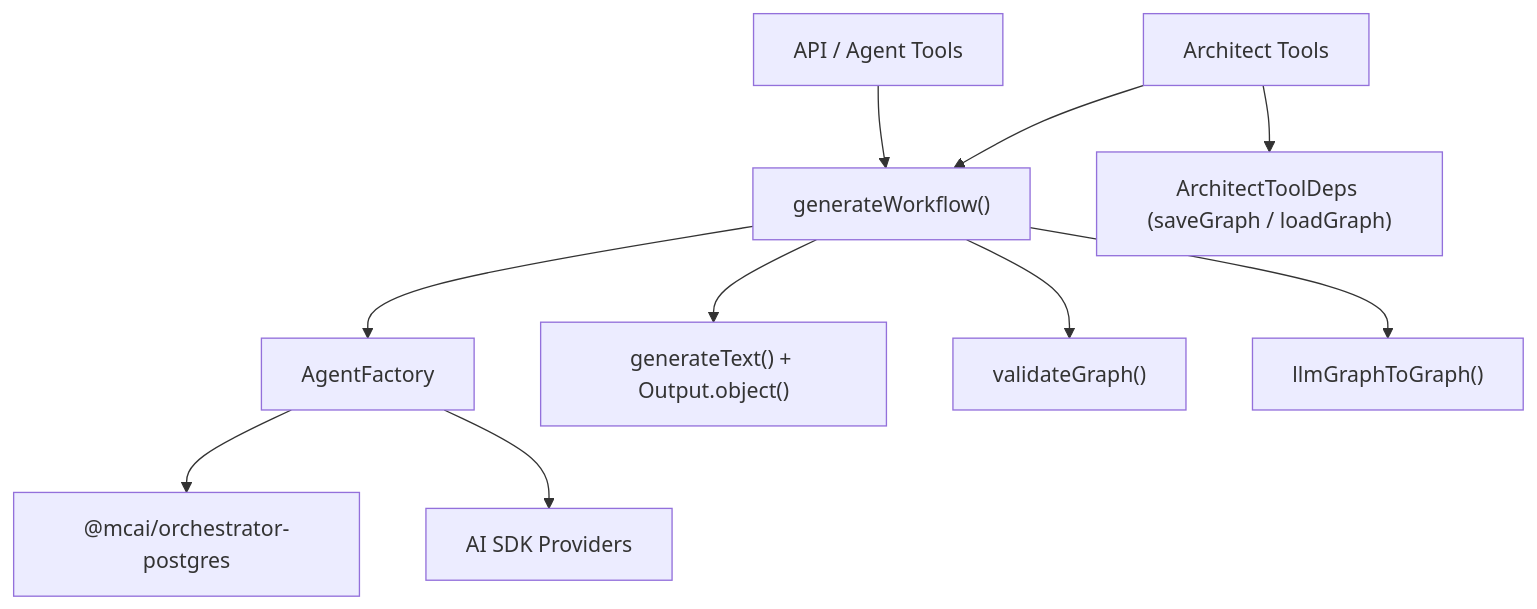
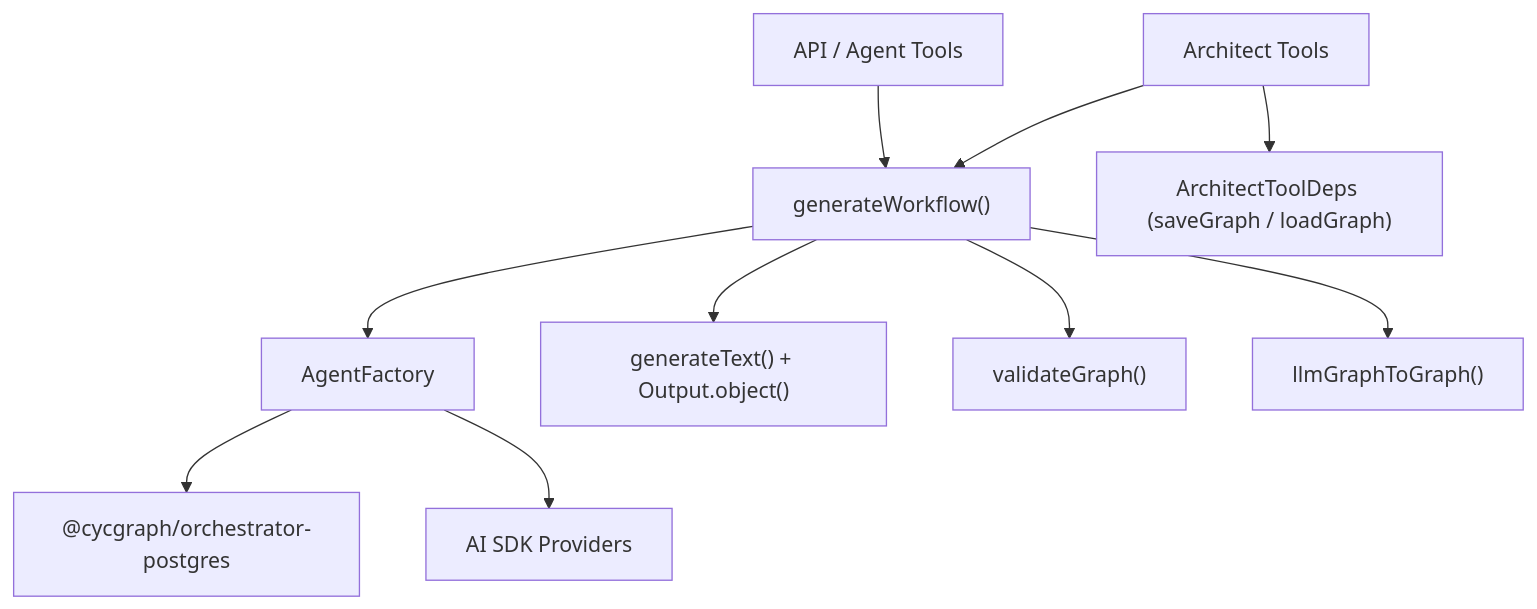
The first of 3 diagrams in packages/orchestrator/src/architect/README.md (wmcmahan/mc-ai), drawn with Mermaid before and after one commit. The commit also changed other lines of this file and 127 other files, not shown here.

````diff
--- a/packages/orchestrator/src/architect/README.md
+++ b/packages/orchestrator/src/architect/README.md
@@ -39,12 +39,12 @@
 ```mermaid
 graph TD
     API["API / Agent Tools"] --> GW["generateWorkflow()"]
     GW --> AF["AgentFactory"]
-    AF --> DB["@mcai/orchestrator-postgres"]
+    AF --> DB["@cycgraph/orchestrator-postgres"]
     AF --> SDK["AI SDK Providers"]
     GW --> GT["generateText() + Output.object()"]
     GW --> VG["validateGraph()"]
     GW --> CONV["llmGraphToGraph()"]
     TOOLS["Architect Tools"] --> GW
     TOOLS --> DEPS["ArchitectToolDeps (saveGraph / loadGraph)"]
 ```
````
